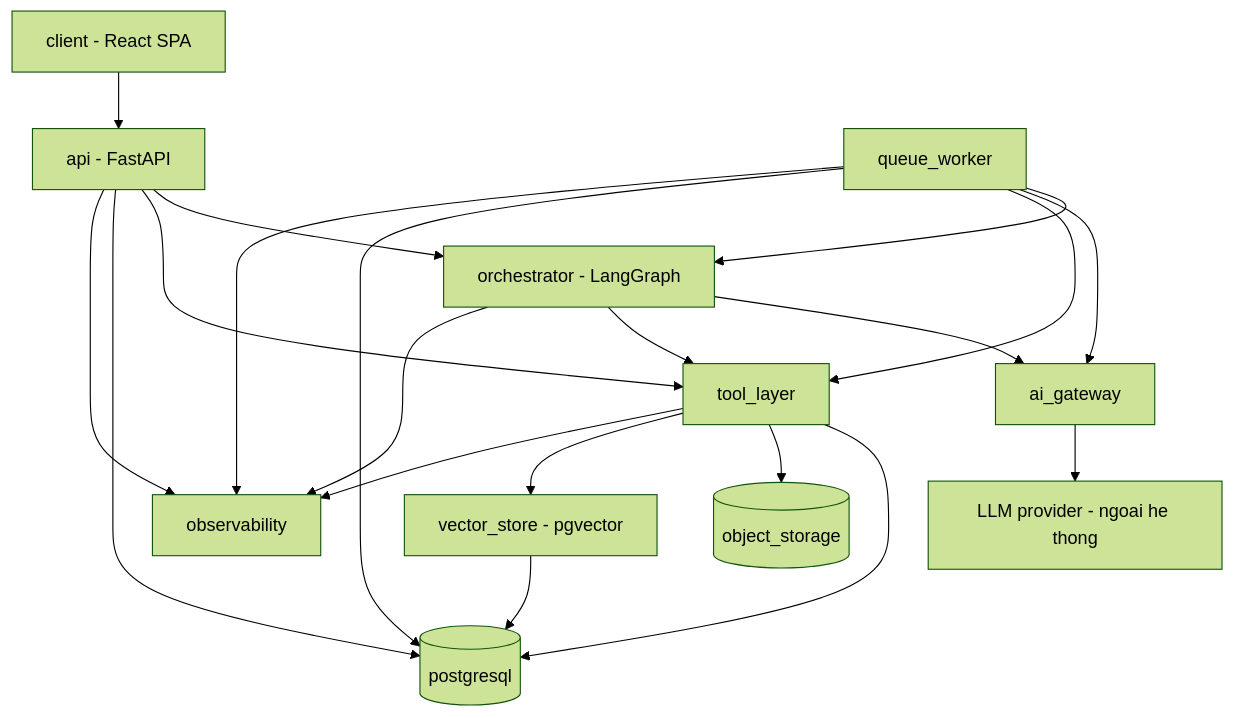
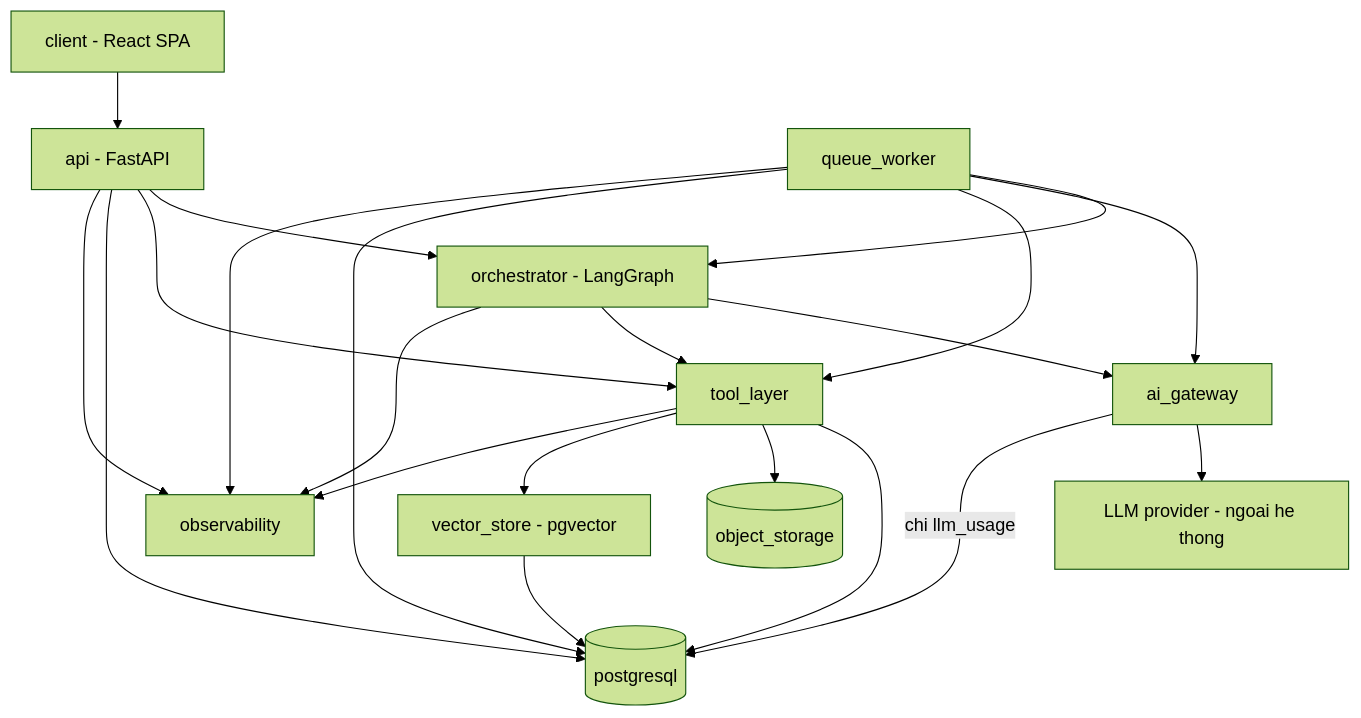
Before and after one commit to CongDuc02/AdminServiceDeskAgent: the first of 11 diagrams in docs/design/02-architecture.md, drawn with Mermaid (forest theme). The commit also changed other lines of this file and 20 other files, not shown here.

````diff
--- a/docs/design/02-architecture.md
+++ b/docs/design/02-architecture.md
@@ -115,34 +115,35 @@
 ```mermaid
 graph TD
     Client[client - React SPA]
     API[api - FastAPI]
     AIGateway[ai_gateway]
     Orchestrator[orchestrator - LangGraph]
     ToolLayer[tool_layer]
     VectorStore[vector_store - pgvector]
     PostgreSQL[(postgresql)]
     ObjectStorage[(object_storage)]
     Worker[queue_worker]
     Observability[observability]
     LLMProvider[LLM provider - ngoai he thong]
 
     Client --> API
     API --> Orchestrator
     API --> ToolLayer
     API --> PostgreSQL
     Orchestrator --> AIGateway
     Orchestrator --> ToolLayer
     Worker --> Orchestrator
     Worker --> AIGateway
     Worker --> ToolLayer
     Worker --> PostgreSQL
     ToolLayer --> PostgreSQL
     ToolLayer --> ObjectStorage
     ToolLayer --> VectorStore
     VectorStore --> PostgreSQL
     AIGateway --> LLMProvider
+    AIGateway -->|chi llm_usage| PostgreSQL
     API --> Observability
     Orchestrator --> Observability
     ToolLayer --> Observability
     Worker --> Observability
 ```
````
